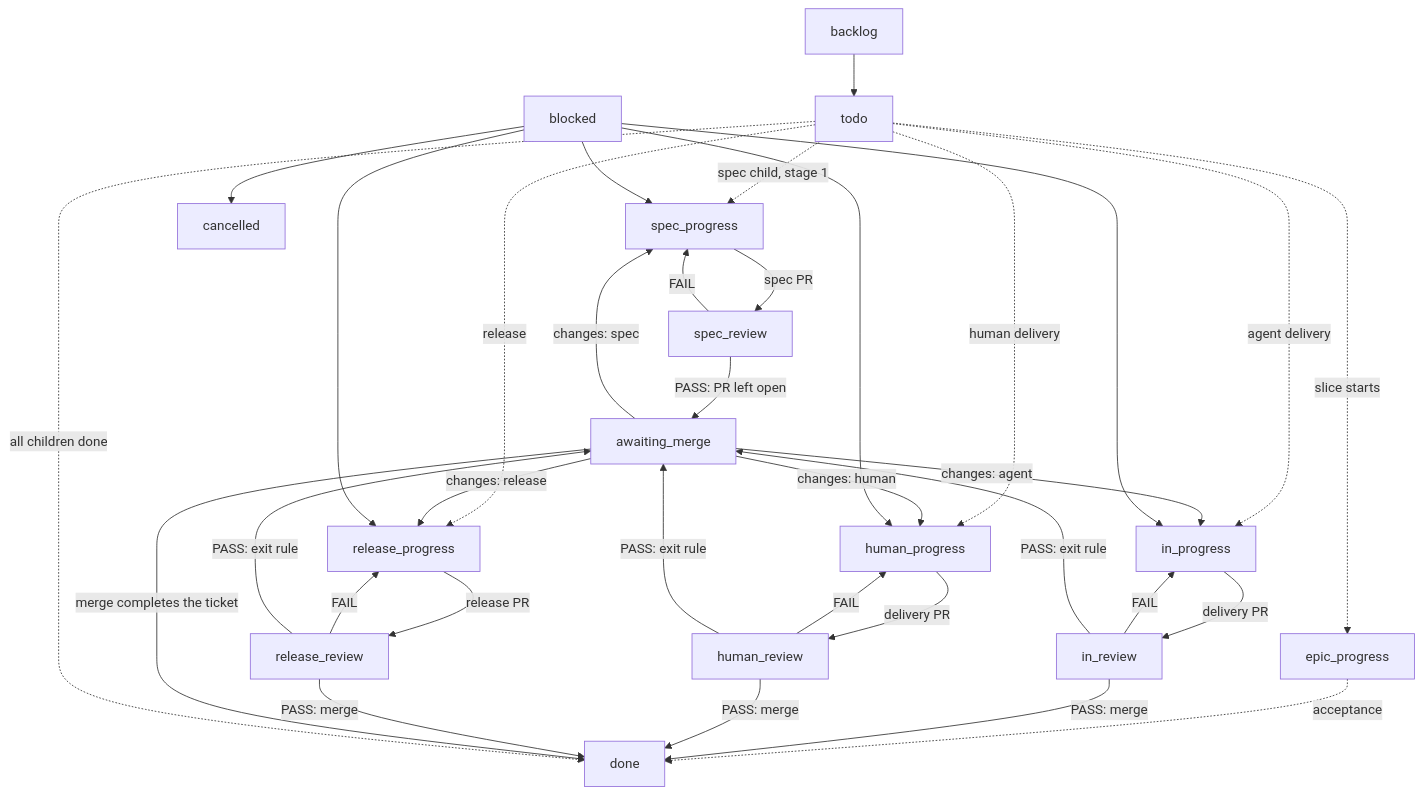
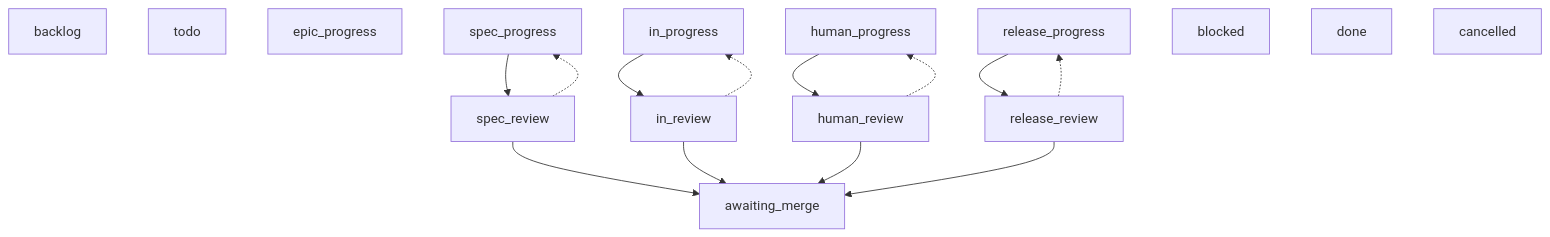
One commit to miran248/multica-workspace changed the diagram in docs/factory.md. Above: the diagram before and after it, drawn with Mermaid. The commit also changed other lines of this file and 4 other files, not shown here.

````diff
--- a/docs/factory.md
+++ b/docs/factory.md
@@ -22,36 +25,31 @@
 ```mermaid
 flowchart TD
-  backlog --> todo
-  todo -.->|"spec child, stage 1"| spec_progress
-  todo -.->|"agent delivery"| in_progress
-  todo -.->|"human delivery"| human_progress
-  todo -.->|"release"| release_progress
-  todo -.->|"slice starts"| epic_progress
-  epic_progress -.->|"acceptance"| done
-  spec_progress -->|"spec PR"| spec_review
-  spec_review -->|"FAIL"| spec_progress
-  spec_review -->|"PASS: PR left open"| awaiting_merge
-  in_progress -->|"delivery PR"| in_review
-  human_progress -->|"delivery PR"| human_review
-  release_progress -->|"release PR"| release_review
-  in_review -->|"FAIL"| in_progress
-  human_review -->|"FAIL"| human_progress
-  release_review -->|"FAIL"| release_progress
-  in_review -->|"PASS: exit rule"| awaiting_merge
-  human_review -->|"PASS: exit rule"| awaiting_merge
-  release_review -->|"PASS: exit rule"| awaiting_merge
-  in_review -->|"PASS: merge"| done
-  human_review -->|"PASS: merge"| done
-  release_review -->|"PASS: merge"| done
-  awaiting_merge -->|"merge completes the ticket"| done
-  awaiting_merge -->|"changes: spec"| spec_progress
-  awaiting_merge -->|"changes: agent"| in_progress
-  awaiting_merge -->|"changes: human"| human_progress
-  awaiting_merge -->|"changes: release"| release_progress
-  blocked --> spec_progress
-  blocked --> human_progress
-  blocked --> in_progress
-  blocked --> release_progress
-  blocked --> cancelled
-  todo -.->|"all children done"| done
+  backlog
+  todo
+  epic_progress
+  spec_progress
+  spec_review
+  in_progress
+  human_progress
+  release_progress
+  in_review
+  human_review
+  release_review
+  awaiting_merge
+  blocked
+  done
+  cancelled
+
+  spec_progress --> spec_review
+  spec_review --> awaiting_merge
+  spec_review -.-> spec_progress
+  in_progress --> in_review
+  human_progress --> human_review
+  release_progress --> release_review
+  in_review --> awaiting_merge
+  in_review -.-> in_progress
+  human_review --> awaiting_merge
+  human_review -.-> human_progress
+  release_review --> awaiting_merge
+  release_review -.-> release_progress
 ```
````
